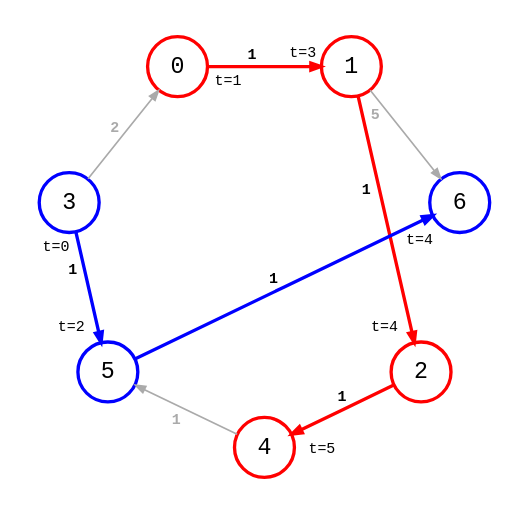
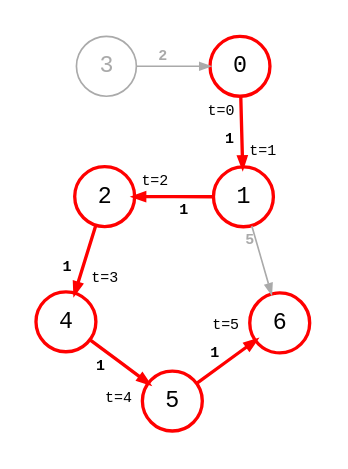
Before and after one commit to bsdrks/graaf-images: the diagram in src/dijkstra_1.dot, drawn with Graphviz. The commit also changed 1 other file, not shown here.

```diff
--- a/src/dijkstra_1.dot
+++ b/src/dijkstra_1.dot
@@ -1,161 +1,140 @@
 digraph {
-    node [shape=circle, fontname="monospace", style=bold];
+    node [shape=circle, fontname="monospace"];
     edge [arrowsize=0.6, fontname="monospace", fontsize=9];
-    layout=circo;
+    layout=neato;
     scale=1.0;
     normalize=true;
     pad=0.2;
-    // newrank=true;
     // splines=line
 
-    0, 1, 2, 4 [style=bold, color=red];
-    3, 5, 6 [color=blue];
+    3 [color="#aaaaaa", fontcolor="#aaaaaa"];
+    0, 1, 2, 4, 5, 6 [style=bold, color=red];
+
+    0 -> 1 [
+        color=red,
+        style=bold,
+        headlabel=<
+            <table border="0">
+                <tr>
+                    <td>t=1</td>
+                </tr>
+            </table>
+        >,
+        taillabel=<
+            <table border="0">
+                <tr>
+                    <td>t=0</td>
+                </tr>
+            </table>
+            >,
+        label=<
+            <table border="0" cellpadding="4" cellspacing="0">
+                <tr>
+                    <td><b>1</b></td>
+                </tr>
+            </table>
+        >
+    ];
+
+    1 -> 2 [
+        style=bold, 
+        color=red, 
+        headlabel=<
+            <table border="0">
+                <tr>
+                    <td>t=2</td>
+                </tr>
+            </table>
+        >,
+        label=<
+            <table border="0">
+                <tr>
+                    <td>   <b>1</b>  </td>
+                </tr>
+            </table>
+        >
+    ];
 
     3 -> 0 [
         color="#aaaaaa",
         fontcolor="#aaaaaa",
         label=<
             <table border="0" cellpadding="0" cellspacing="0">
                 <tr>
                     <td><b>2</b></td>
                 </tr>
             </table>
-        >,
-    ];
-
-    0 -> 1 [
-        color=red,
-        style=bold,
-        headlabel=<
-            <table border="0" cellpadding="3" cellspacing="0">
-                <tr>
-                    <td>t=3</td>
-                </tr>
-            </table>
-        >,
-        taillabel=<
-            <table border="0">
-                <tr>
-                    <td> t=1</td>
-                </tr>
-            </table>
-            >,
-        label=<
-            <table border="0" cellpadding="1" cellspacing="0">
-                <tr>
-                    <td><b>1</b></td>
-                </tr>
-            </table>
-        >,
-    ];
-
-    1 -> 2 [
-        style=bold, 
-        color=red, 
-        headlabel=<
-            <table border="0">
-                <tr>
-                    <td>t=4 </td>
-                </tr>
-            </table>
-        >,
-        label=<
-            <table border="0" cellpadding="8" cellspacing="0">
-                <tr>
-                    <td><b>1</b></td>
-                </tr>
-            </table>
-        >,
-    ];
-
-    2 -> 4 [
-        style=bold, 
-        color=red, 
-        headlabel=<
-            <table border="0">
-                <tr>
-                    <td>  t=5</td>
-                </tr>
-            </table>
-        >,
-        label=<
-            <table border="0" cellpadding="0" cellspacing="0">
-                <tr>
-                    <td><b>1</b></td>
-                </tr>
-            </table>
-        >,
+        >
     ];
 
     1 -> 6 [
         color="#aaaaaa",
         fontcolor="#aaaaaa",
         label=<
             <table border="0" cellpadding="3" cellspacing="0">
                 <tr>
-                    <td><b>5  </b></td>
+                    <td><b>5</b></td>
+                </tr>
+            </table>
+        >
+    ];
+
+    2 -> 3 [style=invis];
+
+    2 -> 4 [
+        style=bold, 
+        color=red, 
+        headlabel=<
+            <table border="0">
+                <tr>
+                    <td>  t=3</td>
                 </tr>
             </table>
         >,
+        label=<
+            <table border="0">
+                <tr>
+                    <td><b>  1</b></td>
+                </tr>
+            </table>
+        >
     ];
 
-    2 -> 6 [style=invis];
-    6 -> 2 [style=invis];
-
     4 -> 5 [
-        color="#aaaaaa",
-        fontcolor="#aaaaaa",
-        label=<
-            <table border="0" cellpadding="1" cellspacing="0">
-                <tr>
-                    <td><b>     1</b></td>
-                </tr>
-            </table>
-        >,
-    ];
-
-    3 -> 5 [
         style=bold, 
-        color=blue, 
+        color=red, 
         headlabel=<
             <table border="0">
                 <tr>
-                    <td> t=2</td>
-                </tr>
-            </table>
-        >,
-        taillabel=<
-            <table border="0" cellpadding="4" cellspacing="0">
-                <tr>
-                    <td>t=0</td>
+                    <td> t=4</td>
                 </tr>
             </table>
         >,
         label=<
             <table border="0" cellpadding="1" cellspacing="0">
                 <tr>
-                    <td><b>1 </b></td>
+                    <td><b> 1</b></td>
                 </tr>
             </table>
-        >,
+        >
     ];
 
     5 -> 6 [
         style=bold, 
-        color=blue, 
+        color=red, 
         headlabel=<
-            <table border="0" cellpadding="0" cellspacing="0">
+            <table border="0">
                 <tr>
-                    <td><br />t=4</td>
+                    <td> t=5</td>
                 </tr>
             </table>
         >,
         label=<
-            <table border="0" cellpadding="0" cellspacing="0">
+            <table border="0" cellpadding="1" cellspacing="0">
                 <tr>
                     <td><b>1</b></td>
                 </tr>
             </table>
-        >,
+        >
     ];
 }
```
